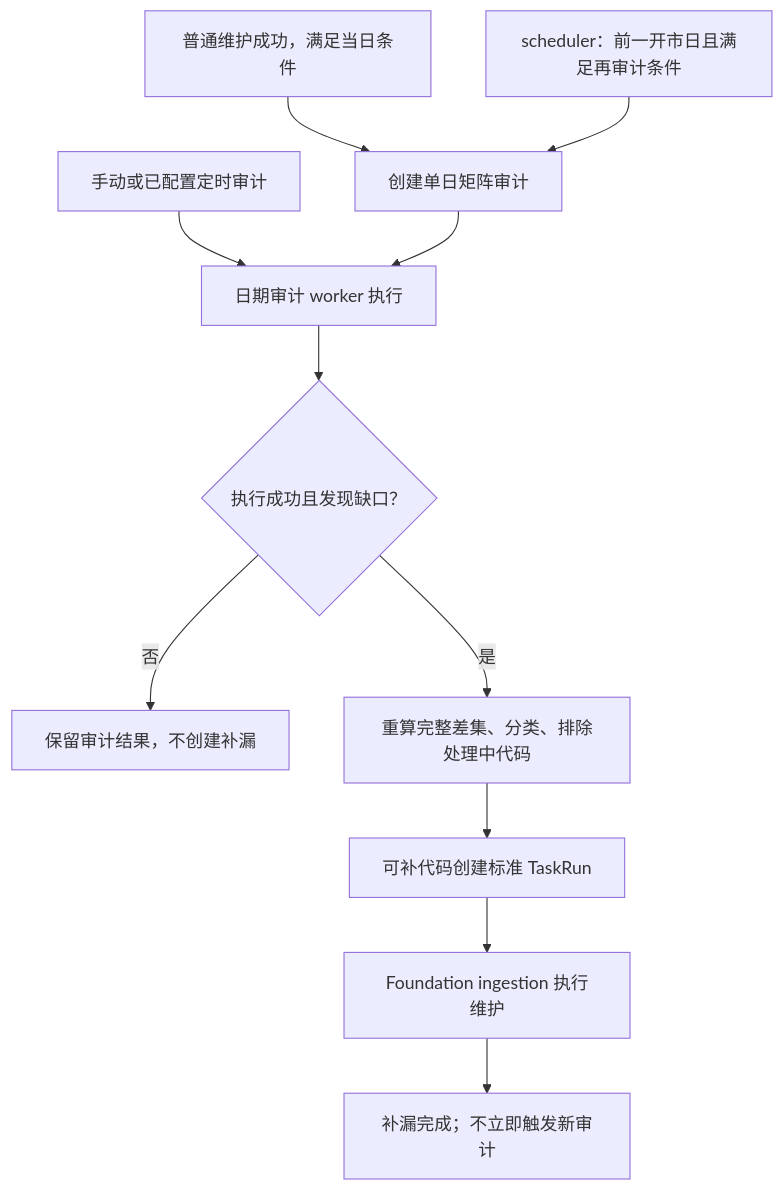
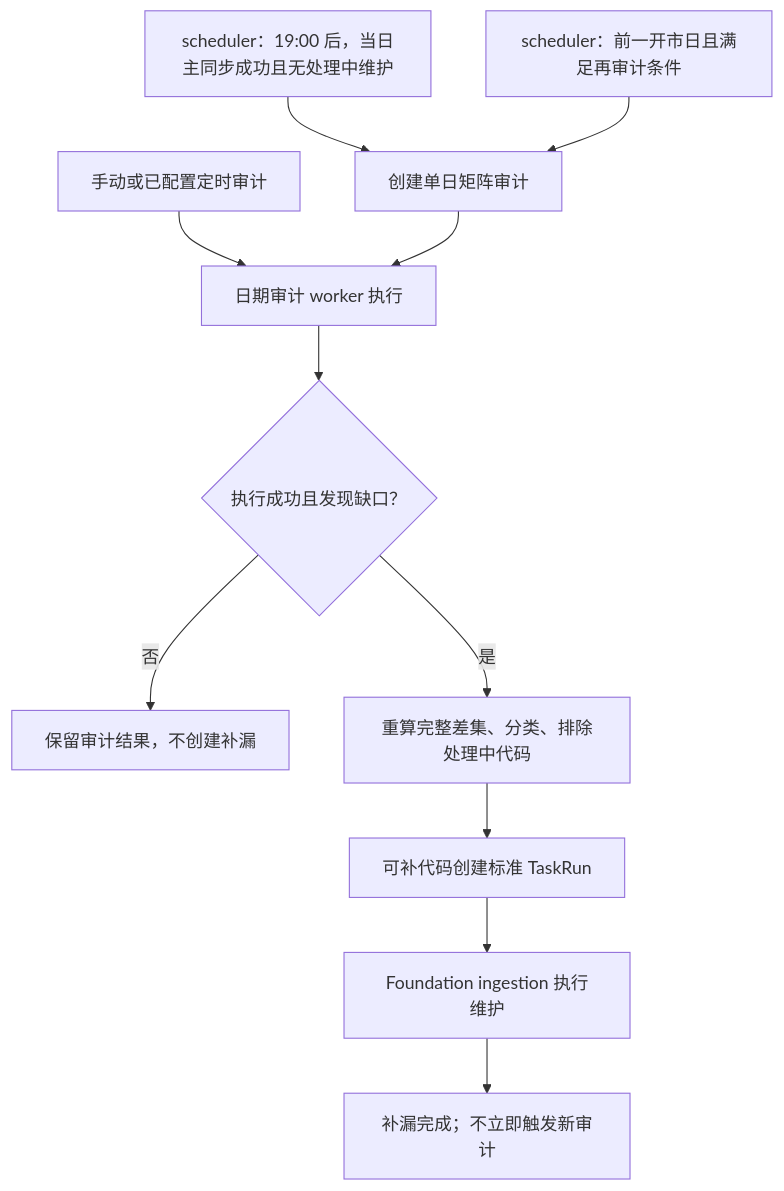
One commit to chiuser/goldenshare changed the diagram in docs/ops/ops-index-daily-completeness-reconciliation-plan-v2.md. Above: the diagram before and after it, drawn with Mermaid. The commit also changed other lines of this file and 10 other files, not shown here.

````diff
--- a/docs/ops/ops-index-daily-completeness-reconciliation-plan-v2.md
+++ b/docs/ops/ops-index-daily-completeness-reconciliation-plan-v2.md
@@ -30,13 +30,13 @@
 ```mermaid
 flowchart TD
-  A[普通维护成功，满足当日条件] --> C[创建单日矩阵审计]
+  A[scheduler：19:00 后，当日主同步成功且无处理中维护] --> C[创建单日矩阵审计]
   B[scheduler：前一开市日且满足再审计条件] --> C
   M[手动或已配置定时审计] --> D[日期审计 worker 执行]
   C --> D
   D --> E{执行成功且发现缺口？}
   E -- 否 --> F[保留审计结果，不创建补漏]
   E -- 是 --> G[重算完整差集、分类、排除处理中代码]
   G --> H[可补代码创建标准 TaskRun]
   H --> I[Foundation ingestion 执行维护]
   I --> J[补漏完成；不立即触发新审计]
 ```
````
